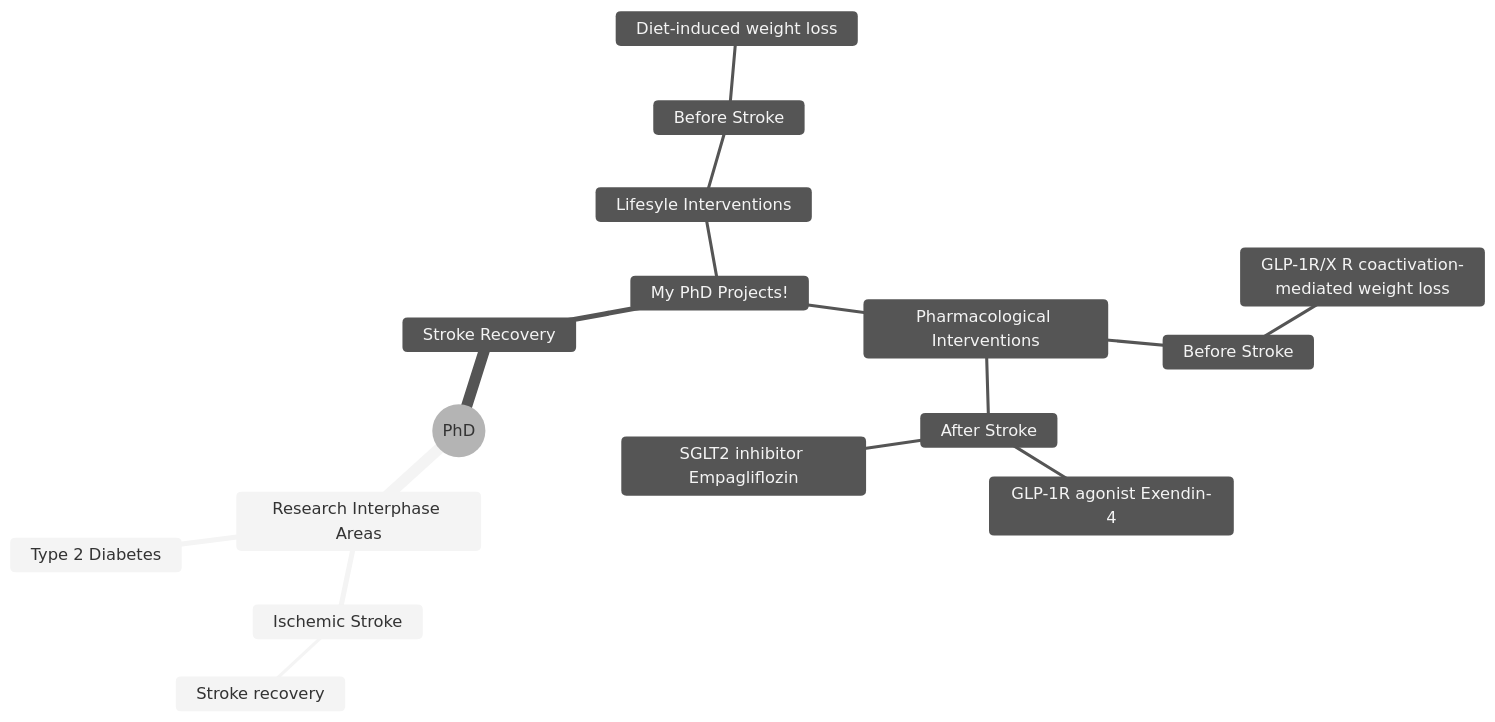
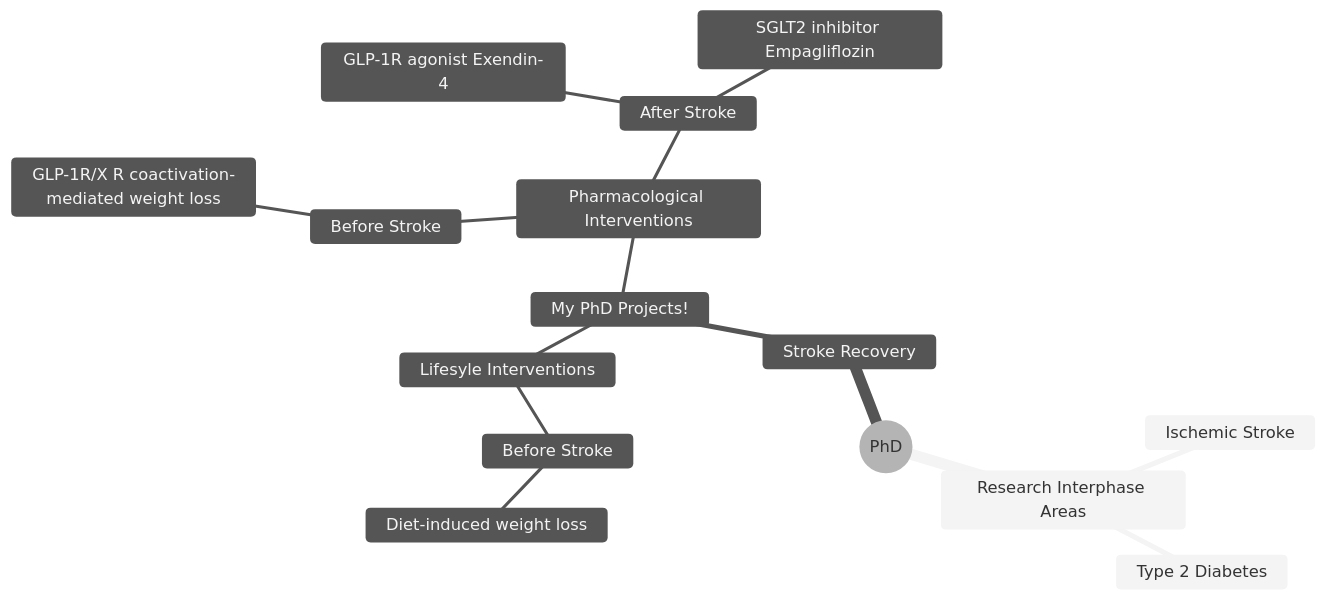
The diagram in README.md (DimitraKarampatsi/Create-README.md), drawn with Mermaid (neutral theme) before and after one commit.

````diff
--- a/README.md
+++ b/README.md
@@ -3,21 +3,20 @@
 ```mermaid
 mindmap
   root((PhD))
     Research Interphase Areas
       Ischemic Stroke
-        Stroke recovery
       Type 2 Diabetes
     Stroke Recovery
         My PhD Projects!
             Lifesyle Interventions 
                 Before Stroke
                     Diet-induced weight loss
                     
             Pharmacological Interventions
                 Before Stroke
                     GLP-1R/X R coactivation-mediated weight loss
                 After Stroke
                     GLP-1R agonist Exendin-4
                     SGLT2 inhibitor Empagliflozin
             
 ```
````
